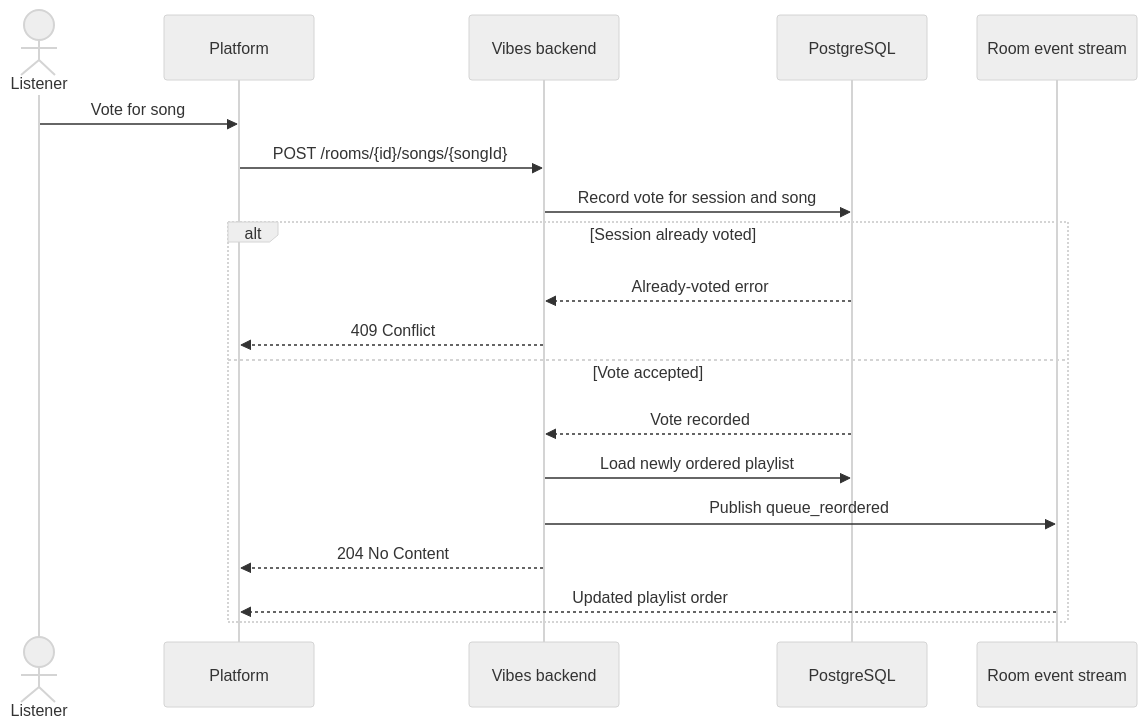
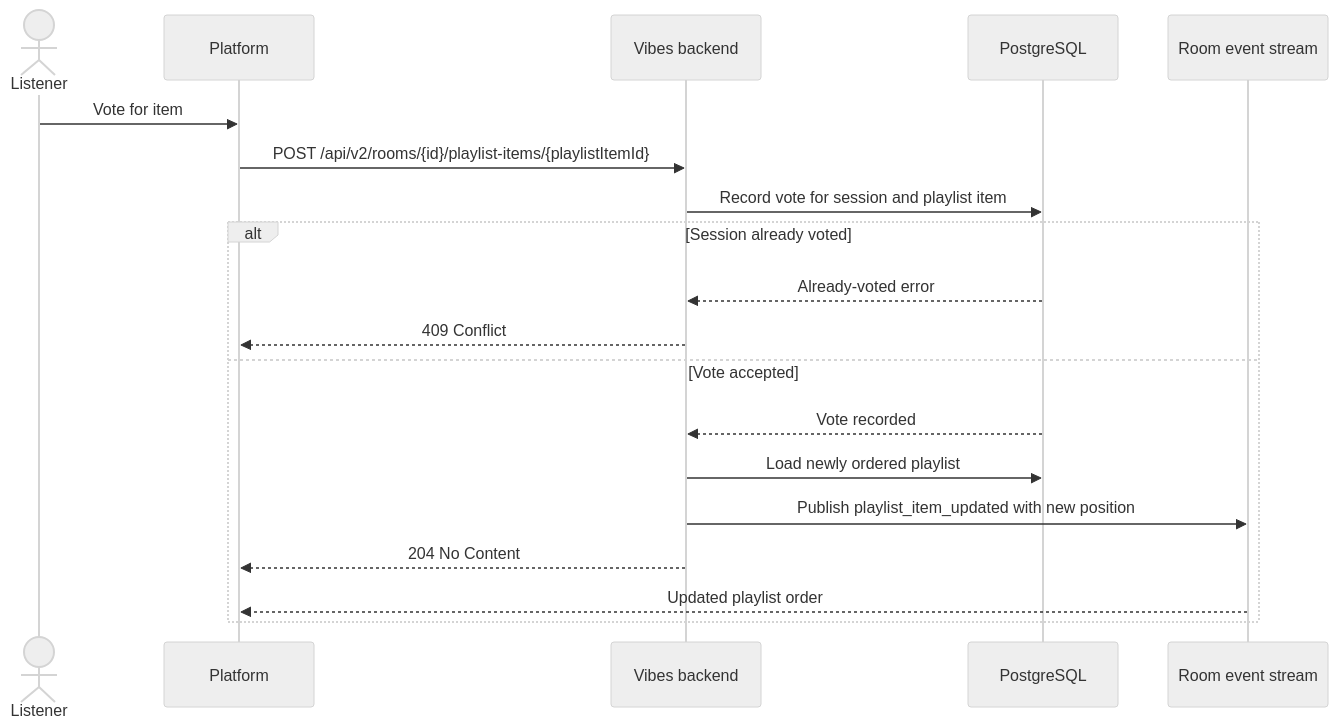
One commit to zoff-music/vibes-backend changed the third of 3 diagrams in docs/flows/songs.md. Above: the diagram before and after it, drawn with Mermaid (neutral theme). The commit also changed other lines of this file and 69 other files, not shown here.

````diff
--- a/docs/flows/songs.md
+++ b/docs/flows/songs.md
@@ -78,23 +79,23 @@
 ```mermaid
 sequenceDiagram
     actor Listener
     participant Platform
     participant API as Vibes backend
     participant DB as PostgreSQL
     participant Events as Room event stream
 
-    Listener->>Platform: Vote for song
-    Platform->>API: POST /rooms/{id}/songs/{songId}
-    API->>DB: Record vote for session and song
+    Listener->>Platform: Vote for item
+    Platform->>API: POST /api/v2/rooms/{id}/playlist-items/{playlistItemId}
+    API->>DB: Record vote for session and playlist item
 
     alt Session already voted
         DB-->>API: Already-voted error
         API-->>Platform: 409 Conflict
     else Vote accepted
         DB-->>API: Vote recorded
         API->>DB: Load newly ordered playlist
-        API->>Events: Publish queue_reordered
+        API->>Events: Publish playlist_item_updated with new position
         API-->>Platform: 204 No Content
         Events-->>Platform: Updated playlist order
     end
 ```
````
